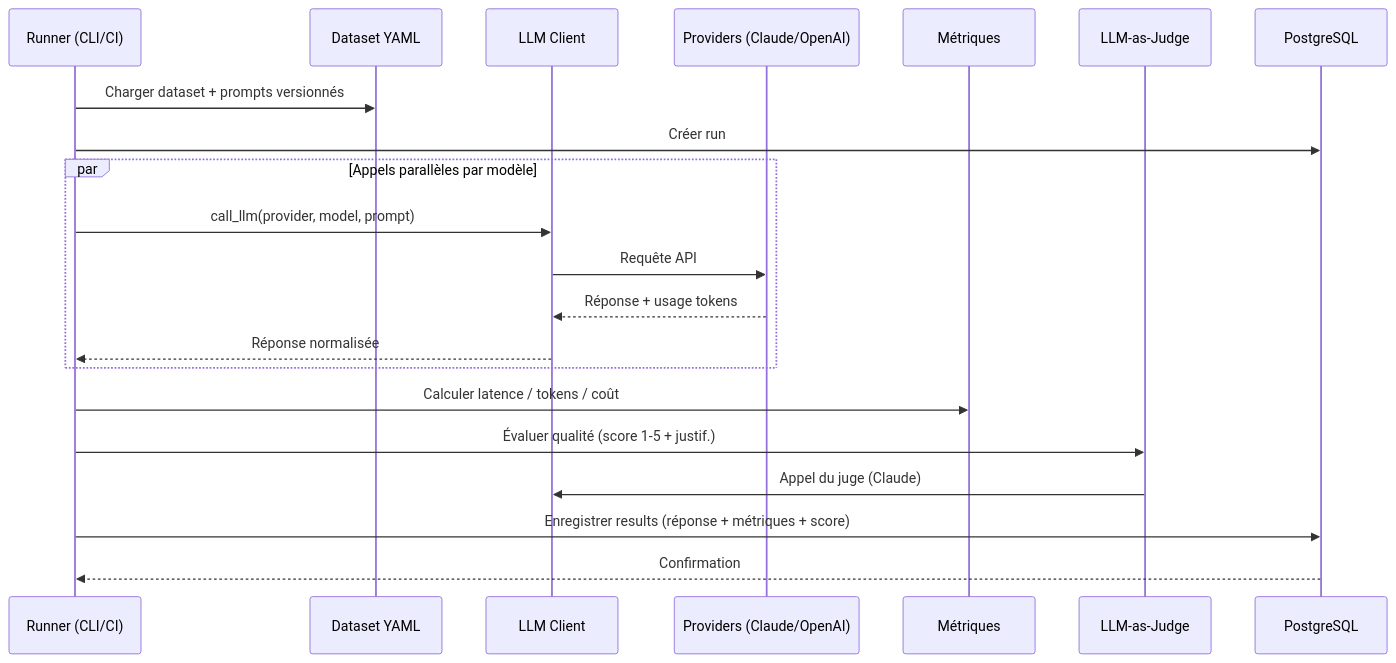
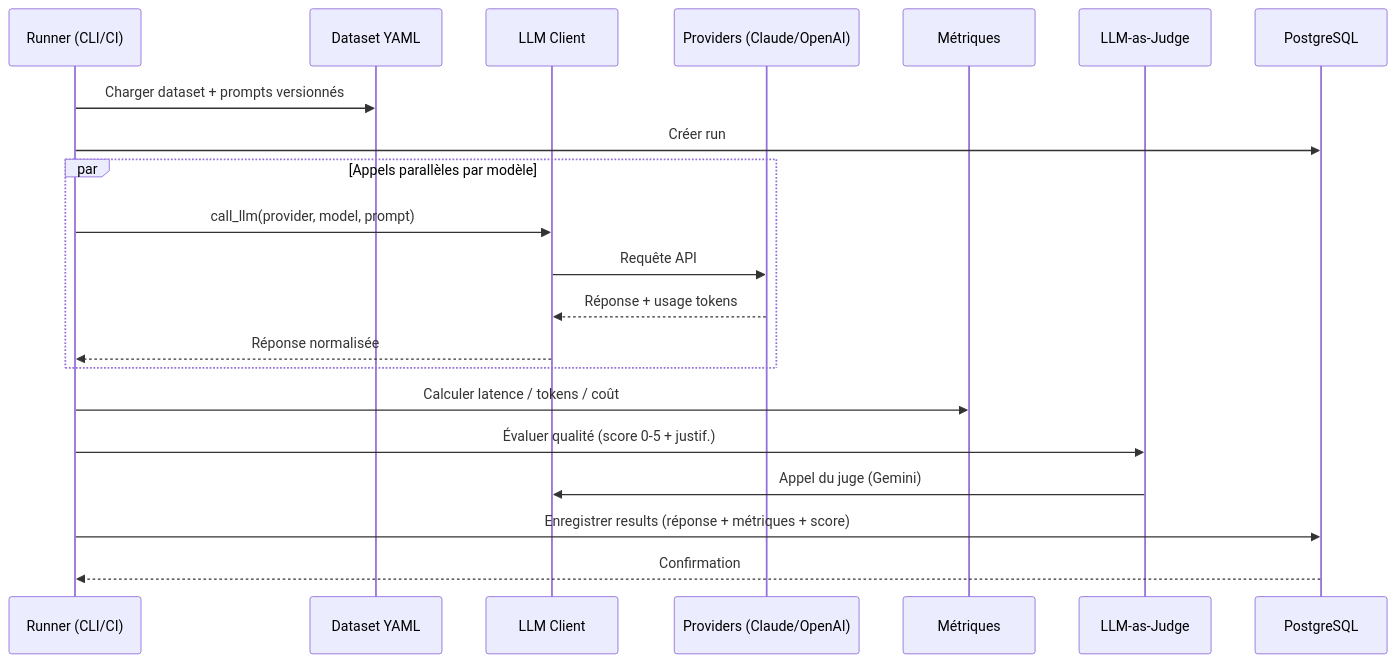
The second of 3 diagrams in docs/ARCHITECTURE.md (CanadiensCoupe2025/LLM-Comparison), drawn with Mermaid before and after one commit. The commit also changed other lines of this file and 6 other files, not shown here.

````diff
--- a/docs/ARCHITECTURE.md
+++ b/docs/ARCHITECTURE.md
@@ -169,24 +177,24 @@
 ```mermaid
 sequenceDiagram
     participant CLI as Runner (CLI/CI)
     participant DS as Dataset YAML
     participant LLM as LLM Client
     participant P as Providers (Claude/OpenAI)
     participant M as Métriques
     participant J as LLM-as-Judge
     participant DB as PostgreSQL
 
     CLI->>DS: Charger dataset + prompts versionnés
     CLI->>DB: Créer run
     par Appels parallèles par modèle
         CLI->>LLM: call_llm(provider, model, prompt)
         LLM->>P: Requête API
         P-->>LLM: Réponse + usage tokens
         LLM-->>CLI: Réponse normalisée
     end
     CLI->>M: Calculer latence / tokens / coût
-    CLI->>J: Évaluer qualité (score 1-5 + justif.)
-    J->>LLM: Appel du juge (Claude)
+    CLI->>J: Évaluer qualité (score 0-5 + justif.)
+    J->>LLM: Appel du juge (Gemini)
     CLI->>DB: Enregistrer results (réponse + métriques + score)
     DB-->>CLI: Confirmation
 ```
````
